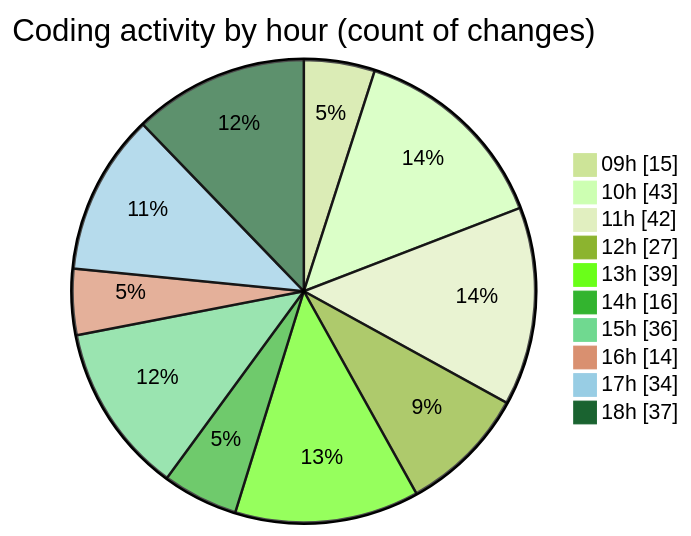
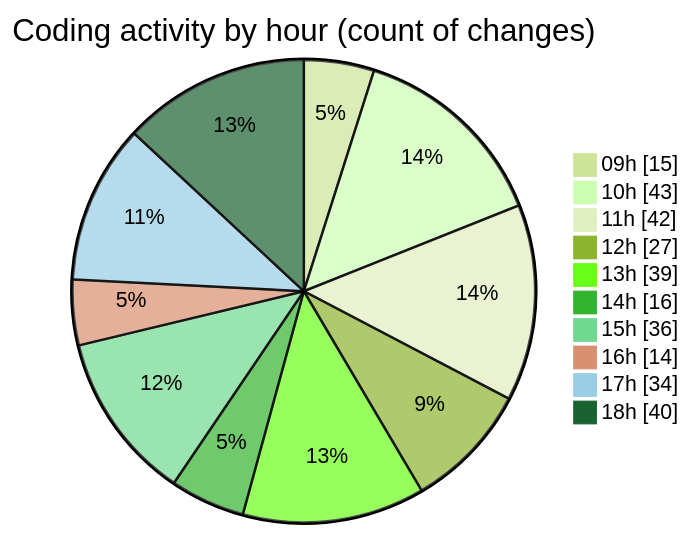
Before and after one commit to momahboobian/code-tracking: the second of 2 diagrams in 2025-09-30/cda/README.md, drawn with Mermaid (forest theme). The commit also changed other lines of this file and 1 other file, not shown here.

````diff
--- a/2025-09-30/cda/README.md
+++ b/2025-09-30/cda/README.md
@@ -34,14 +34,14 @@
 ```mermaid
 pie showData
 title Coding activity by hour (count of changes)
 "09h" : 15
 "10h" : 43
 "11h" : 42
 "12h" : 27
 "13h" : 39
 "14h" : 16
 "15h" : 36
 "16h" : 14
 "17h" : 34
-"18h" : 37
+"18h" : 40
 ```
````
